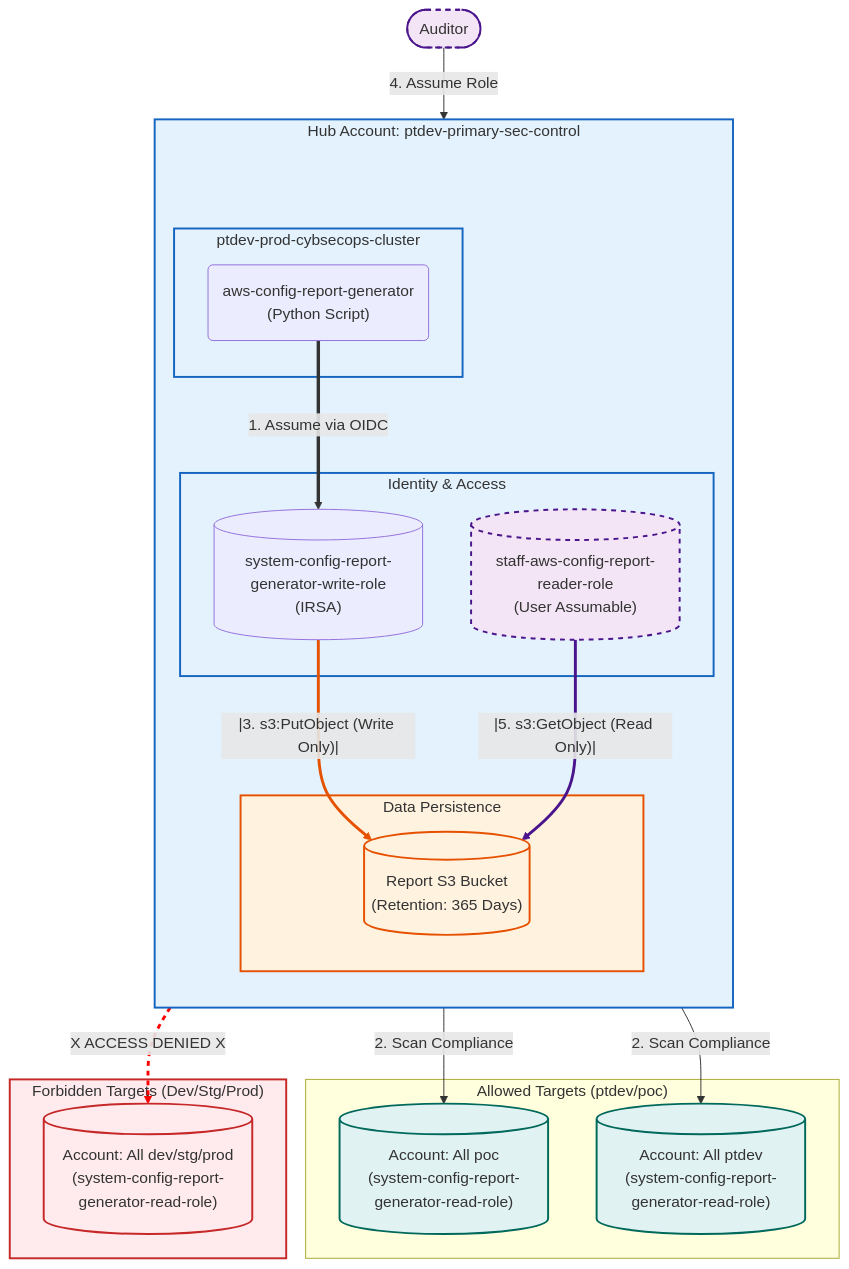
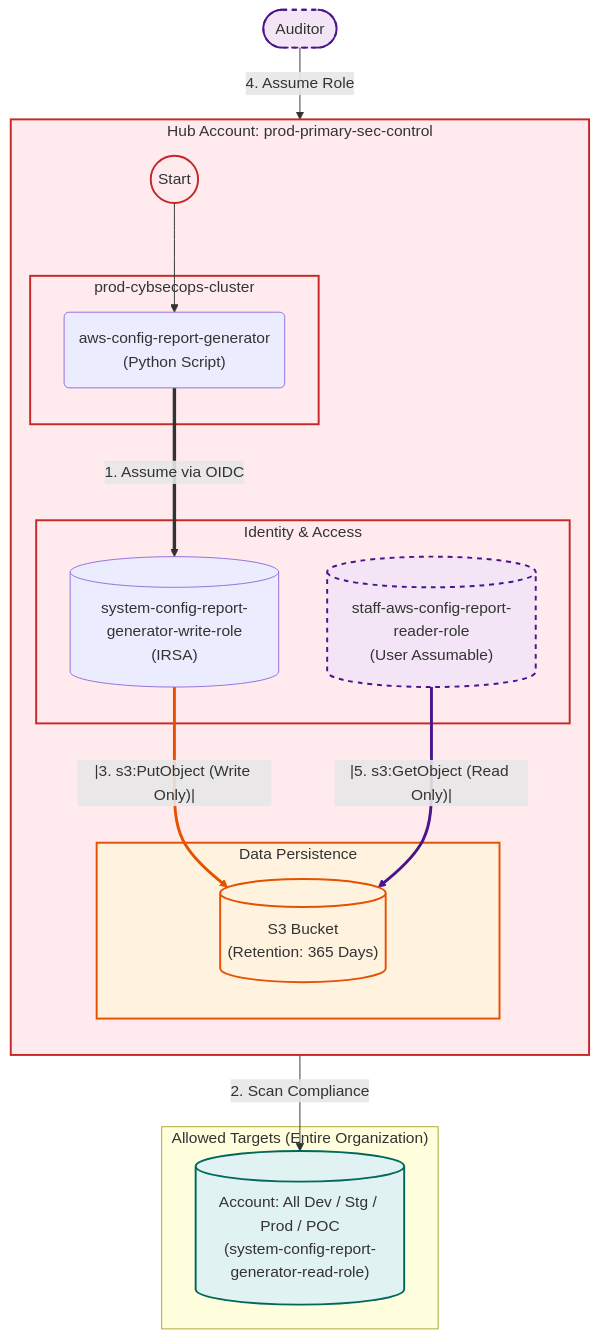
Before and after one commit to andy145155/shared: the diagram in runbook.md, drawn with Mermaid.

````diff
--- a/runbook.md
+++ b/runbook.md
@@ -1,69 +1,65 @@
 ```mermaid
 flowchart TD
     %% Define Styles
-    classDef hub fill:#e3f2fd,stroke:#1565c0,stroke-width:2px;
+    classDef hub fill:#ffebee,stroke:#c62828,stroke-width:2px;
     classDef spoke fill:#e0f2f1,stroke:#00695c,stroke-width:2px;
-    classDef forbidden fill:#ffebee,stroke:#c62828,stroke-width:2px;
     classDef storage fill:#fff3e0,stroke:#e65100,stroke-width:2px;
     classDef user fill:#f3e5f5,stroke:#4a148c,stroke-width:2px,stroke-dasharray: 5 5;
-    classDef invisible width:0px,height:0px,color:transparent,fill:transparent,stroke:none;
-
-    subgraph PTDEV_Hub ["Hub Account: ptdev-primary-sec-control"]
+    
+    subgraph PROD_Hub ["Hub Account: prod-primary-sec-control"]
         direction TB
         
-        %% Invisible node to push content down
-        TitleSpacer[ ]:::invisible
+        %% Standard Start Node
+        Start((Start))
 
-        subgraph K8s ["ptdev-prod-cybsecops-cluster"]
+        subgraph K8s ["prod-cybsecops-cluster"]
             CronJob("aws-config-report-generator<br>(Python Script)")
         end
 
         subgraph IAM ["Identity & Access"]
             WriterRole[("system-config-report-generator-write-role<br>(IRSA)")]
             ReaderRole[("staff-aws-config-report-reader-role<br>(User Assumable)")]
         end
 
         subgraph Data_Layer ["Data Persistence"]
-            S3[("Report S3 Bucket<br>(Retention: 365 Days)")]
+            S3[("S3 Bucket<br>(Retention: 365 Days)")]
         end
     end
 
-    subgraph Targets_Allowed ["Allowed Targets (ptdev/poc)"]
-        PocSpoke[("Account: All poc<br>(system-config-report-generator-read-role)")]
-        PtdevSpoke[("Account: All ptdev<br>(system-config-report-generator-read-role)")]
-    end
-
-    subgraph Targets_Blocked ["Forbidden Targets (Dev/Stg/Prod)"]
-        ProdSpoke[("Account: All dev/stg/prod<br>(system-config-report-generator-read-role)")]
+    subgraph Targets_All ["Allowed Targets (Entire Organization)"]
+        AllSpokes[("Account: All Dev / Stg / Prod / POC<br>(system-config-report-generator-read-role)")]
     end
 
     User(["Auditor"])
 
     %% --- EXECUTION FLOW ---
-    TitleSpacer ~~~ CronJob
+    %% Link 0
+    Start --> CronJob
+    %% Link 1
     CronJob ==>|1. Assume via OIDC| WriterRole
     
-    %% Audit Flow (Isolation)
-    WriterRole -->|2. Scan Compliance| PocSpoke
-    WriterRole -->|2. Scan Compliance| PtdevSpoke
-    WriterRole -.->|X ACCESS DENIED X| ProdSpoke
+    %% Audit Flow (Universal Access)
+    %% Link 2
+    WriterRole -->|2. Scan Compliance| AllSpokes
 
     %% --- S3 WRITE OPERATION ---
+    %% Link 3 (Needs Styling: Orange)
     WriterRole == "|3. s3:PutObject (Write Only)|" ==> S3
 
     %% --- S3 READ OPERATION ---
+    %% Link 4
     User -->|4. Assume Role| ReaderRole
+    %% Link 5 (Needs Styling: Purple)
     ReaderRole == "|5. s3:GetObject (Read Only)|" ==> S3
 
     %% Styling
-    class PTDEV_Hub,K8s,IAM hub;
-    class PocSpoke,PtdevSpoke spoke;
-    class ProdSpoke,Targets_Blocked forbidden;
+    class PROD_Hub,K8s,IAM hub;
+    class AllSpokes spoke;
     class S3,Data_Layer storage;
     class User,ReaderRole user;
+    class Start hub;
     
-    %% Link Styles for Emphasis
-    linkStyle 4 stroke:#ff0000,stroke-width:3px,stroke-dasharray: 5 5; 
-    linkStyle 5 stroke:#e65100,stroke-width:3px; 
-    linkStyle 7 stroke:#4a148c,stroke-width:3px;
+    %% Link Styles (Indices corrected to 3 and 5)
+    linkStyle 3 stroke:#e65100,stroke-width:3px; 
+    linkStyle 5 stroke:#4a148c,stroke-width:3px;
 ```
````
